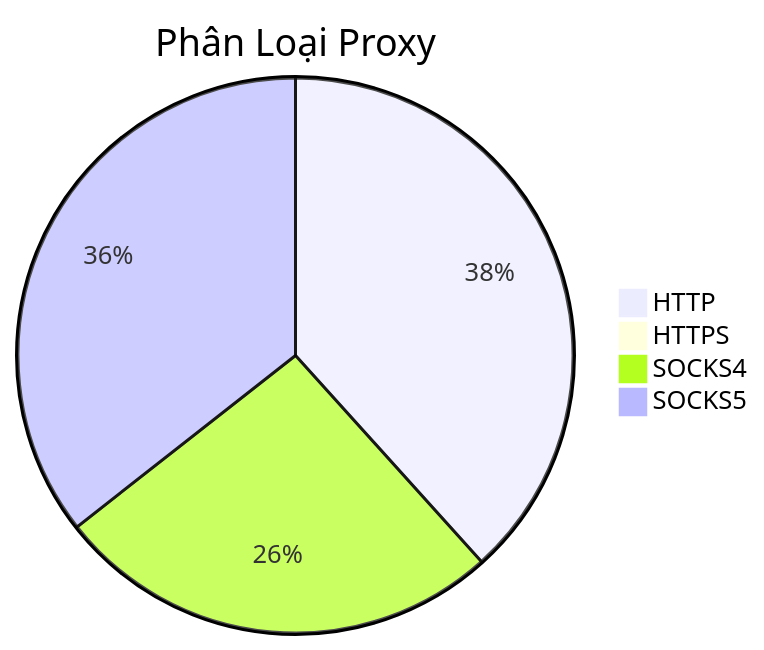
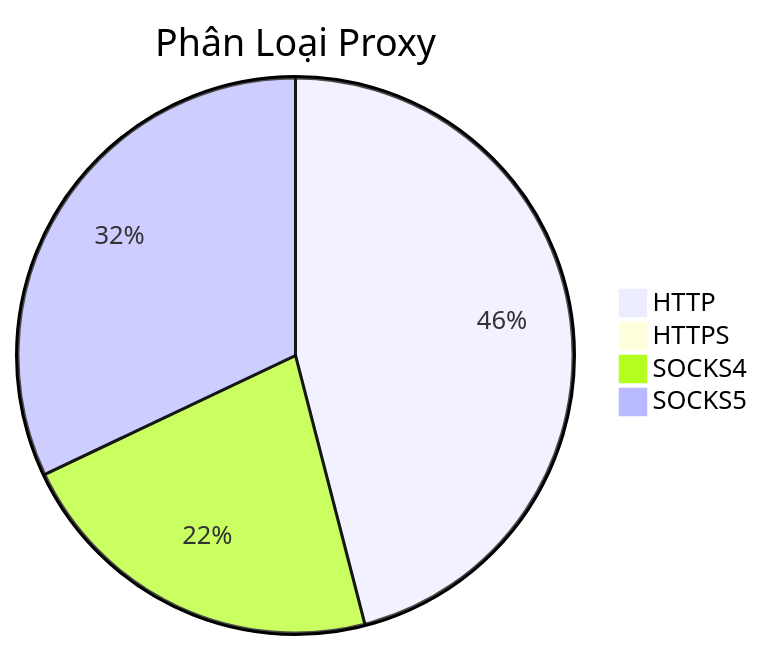
The diagram in README.md (Ciara-12/PROXY-free), drawn with Mermaid before and after one commit. The commit also changed other lines of this file and 3 other files, not shown here.

````diff
--- a/README.md
+++ b/README.md
@@ -26,7 +26,7 @@
 ```mermaid
 pie title Phân Loại Proxy
-    "HTTP" : 351
+    "HTTP" : 429
     "HTTPS" : 0
-    "SOCKS4" : 239
-    "SOCKS5" : 326
+    "SOCKS4" : 205
+    "SOCKS5" : 299
 ```
````
